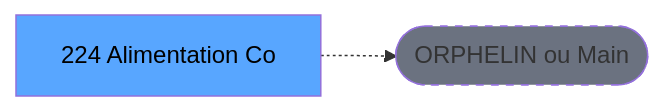
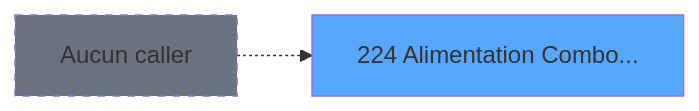
The second of 3 diagrams in .openspec/specs/ADH-IDE-224.md (thonyAGP/magic-migration), drawn with Mermaid before and after one commit. The commit also changed other lines of this file and 493 other files, not shown here.

````diff
--- a/.openspec/specs/ADH-IDE-224.md
+++ b/.openspec/specs/ADH-IDE-224.md
@@ -121,8 +184,8 @@
 ```mermaid
 graph LR
-    T[224 Alimentation Co]
-    ORPHAN([ORPHELIN ou Main])
-    T -.-> ORPHAN
-    style T fill:#58a6ff,color:#000
-    style ORPHAN fill:#6b7280,stroke-dasharray: 5 5
+    T224[224 Alimentation Combo...]
+    style T224 fill:#58a6ff
+    NONE[Aucun caller]
+    NONE -.-> T224
+    style NONE fill:#6b7280,stroke-dasharray: 5 5
 ```
````
